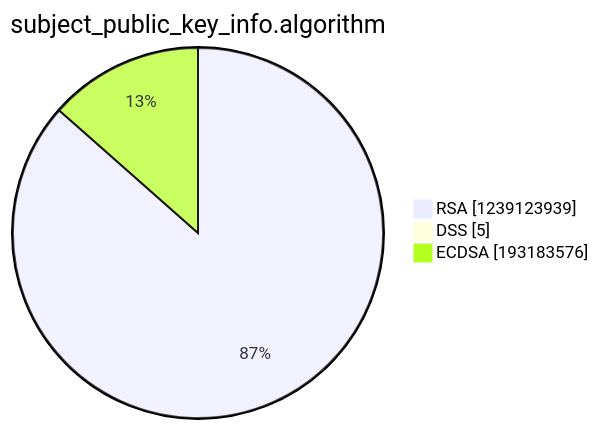
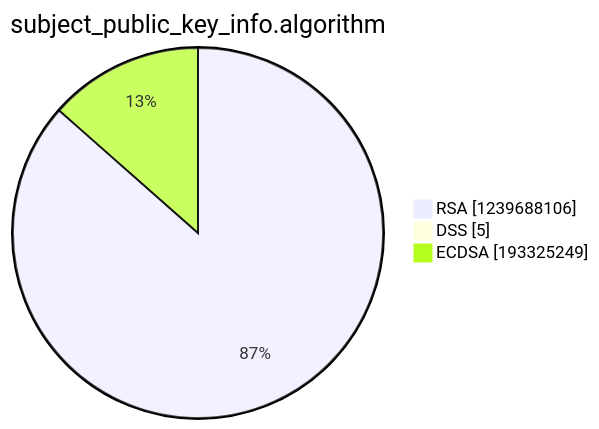
Before and after one commit to christiankrug/ctmonitor_visualization: the third of 15 diagrams in argon2022/README.md, drawn with Mermaid. The commit also changed other lines of this file, not shown here.

````diff
--- a/argon2022/README.md
+++ b/argon2022/README.md
@@ -14,7 +14,7 @@
 ```mermaid
 pie showData
 title subject_public_key_info.algorithm
-"RSA" :1239123939
+"RSA" :1239688106
 "DSS" :5
-"ECDSA" :193183576
+"ECDSA" :193325249
 ```
````
